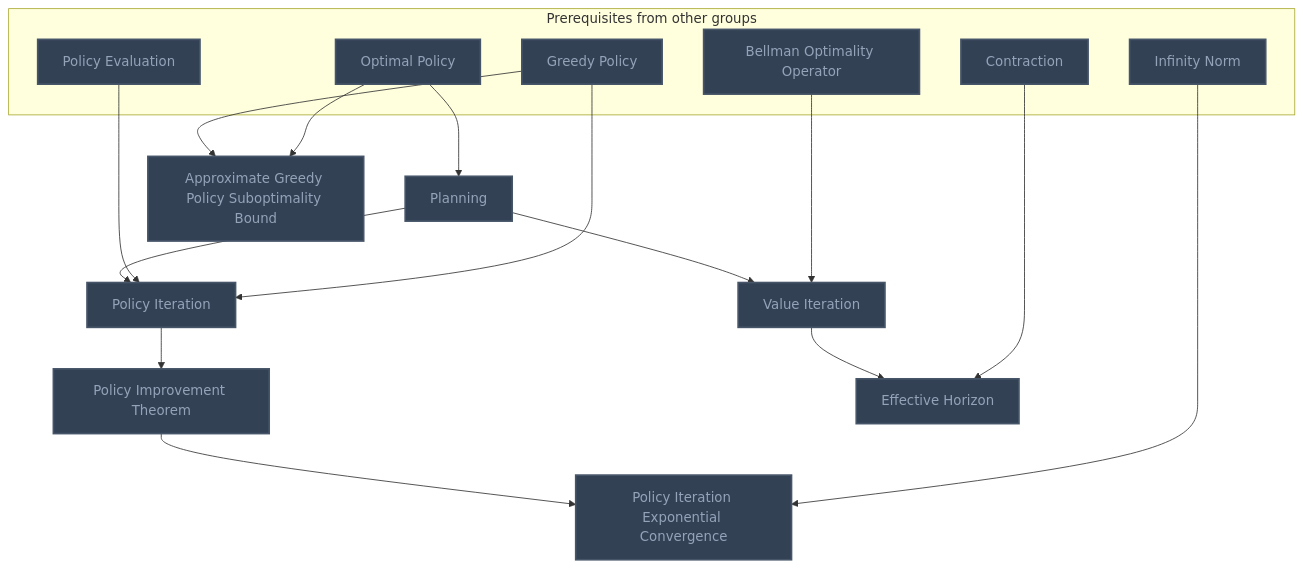
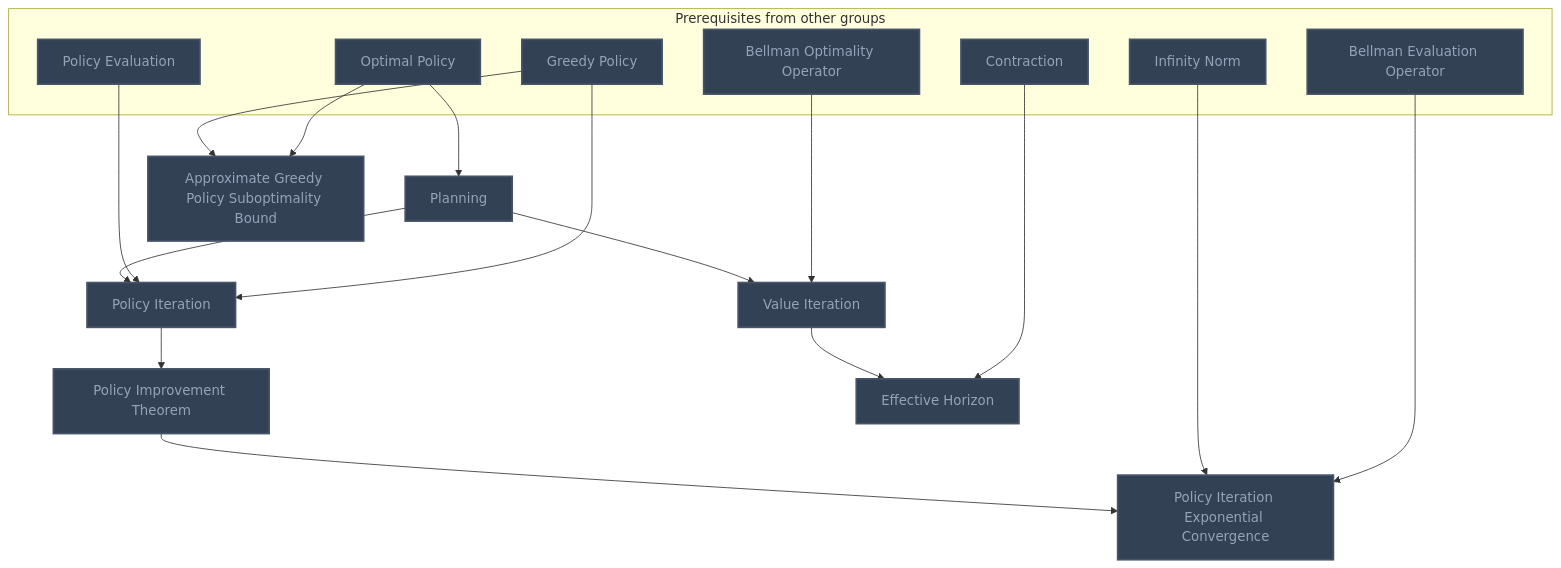
The fourth of 11 diagrams in Gamification/Skill Trees/Reinforcement Learning.md (MRauf1/My-Notes), drawn with Mermaid before and after one commit. The commit also changed other lines of this file and 156 other files, not shown here.

````diff
--- a/Gamification/Skill Trees/Reinforcement Learning.md
+++ b/Gamification/Skill Trees/Reinforcement Learning.md
@@ -139,42 +144,44 @@
 ```mermaid
 flowchart TD
     classDef planned fill:#1E293B,stroke:#64748B,stroke-width:2px,stroke-dasharray:5 5,color:#94A3B8;
     classDef locked fill:#334155,stroke:#475569,stroke-width:2px,color:#94A3B8;
     classDef L0 fill:#F1F5F9,stroke:#94A3B8,stroke-width:2px,color:#000000;
     classDef L1 fill:#22C55E,stroke:#15803D,stroke-width:2px,color:#000000;
     classDef L2 fill:#3B82F6,stroke:#1D4ED8,stroke-width:3px,color:#FFFFFF;
     classDef L3 fill:#A855F7,stroke:#6B21A8,stroke-width:3px,color:#FFFFFF,font-weight:bold;
     classDef L4 fill:#F97316,stroke:#C2410C,stroke-width:4px,color:#000000,font-weight:bold;
     classDef L5 fill:#FFD700,stroke:#FF8C00,stroke-width:5px,color:#000000,font-weight:bold;
     classDef rusty stroke:#8B4513,stroke-width:4px,stroke-dasharray:3 3;
     subgraph sg_prereqs["Prerequisites from other groups"]
         n_optimal_policy["Optimal Policy"]
         n_policy_evaluation["Policy Evaluation"]
         n_greedy_policy["Greedy Policy"]
         n_infinity_norm["Infinity Norm"]
         n_bellman_optimality_operator["Bellman Optimality Operator"]
         n_contraction["Contraction"]
+        n_bellman_evaluation_operator["Bellman Evaluation Operator"]
     end
     n_planning["Planning"]
     n_policy_iteration["Policy Iteration"]
     n_policy_improvement_theorem["Policy Improvement Theorem"]
     n_policy_iteration_exponential_convergence["Policy Iteration Exponential Convergence"]
     n_value_iteration["Value Iteration"]
     n_effective_horizon["Effective Horizon"]
     n_approximate_greedy_policy_suboptimality_bound["Approximate Greedy Policy Suboptimality Bound"]
     n_optimal_policy --> n_planning
     n_planning --> n_policy_iteration
     n_policy_evaluation --> n_policy_iteration
     n_greedy_policy --> n_policy_iteration
     n_policy_iteration --> n_policy_improvement_theorem
     n_policy_improvement_theorem --> n_policy_iteration_exponential_convergence
     n_infinity_norm --> n_policy_iteration_exponential_convergence
     n_planning --> n_value_iteration
     n_bellman_optimality_operator --> n_value_iteration
     n_value_iteration --> n_effective_horizon
     n_contraction --> n_effective_horizon
     n_greedy_policy --> n_approximate_greedy_policy_suboptimality_bound
     n_optimal_policy --> n_approximate_greedy_policy_suboptimality_bound
-    class n_optimal_policy,n_policy_evaluation,n_greedy_policy,n_infinity_norm,n_bellman_optimality_operator,n_contraction,n_planning,n_policy_iteration,n_policy_improvement_theorem,n_policy_iteration_exponential_convergence,n_value_iteration,n_effective_horizon,n_approximate_greedy_policy_suboptimality_bound locked;
-    class n_optimal_policy,n_policy_evaluation,n_greedy_policy,n_infinity_norm,n_bellman_optimality_operator,n_contraction,n_planning,n_policy_iteration,n_policy_improvement_theorem,n_policy_iteration_exponential_convergence,n_value_iteration,n_effective_horizon,n_approximate_greedy_policy_suboptimality_bound internal-link;
+    n_bellman_evaluation_operator --> n_policy_iteration_exponential_convergence
+    class n_optimal_policy,n_policy_evaluation,n_greedy_policy,n_infinity_norm,n_bellman_optimality_operator,n_contraction,n_bellman_evaluation_operator,n_planning,n_policy_iteration,n_policy_improvement_theorem,n_policy_iteration_exponential_convergence,n_value_iteration,n_effective_horizon,n_approximate_greedy_policy_suboptimality_bound locked;
+    class n_optimal_policy,n_policy_evaluation,n_greedy_policy,n_infinity_norm,n_bellman_optimality_operator,n_contraction,n_bellman_evaluation_operator,n_planning,n_policy_iteration,n_policy_improvement_theorem,n_policy_iteration_exponential_convergence,n_value_iteration,n_effective_horizon,n_approximate_greedy_policy_suboptimality_bound internal-link;
 ```
````
